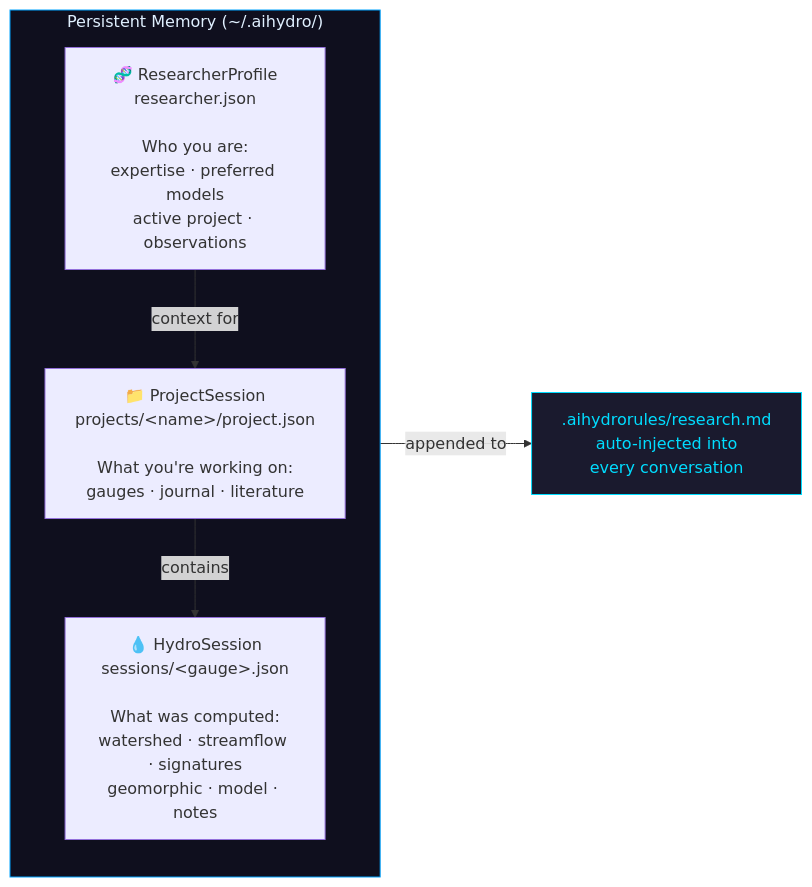
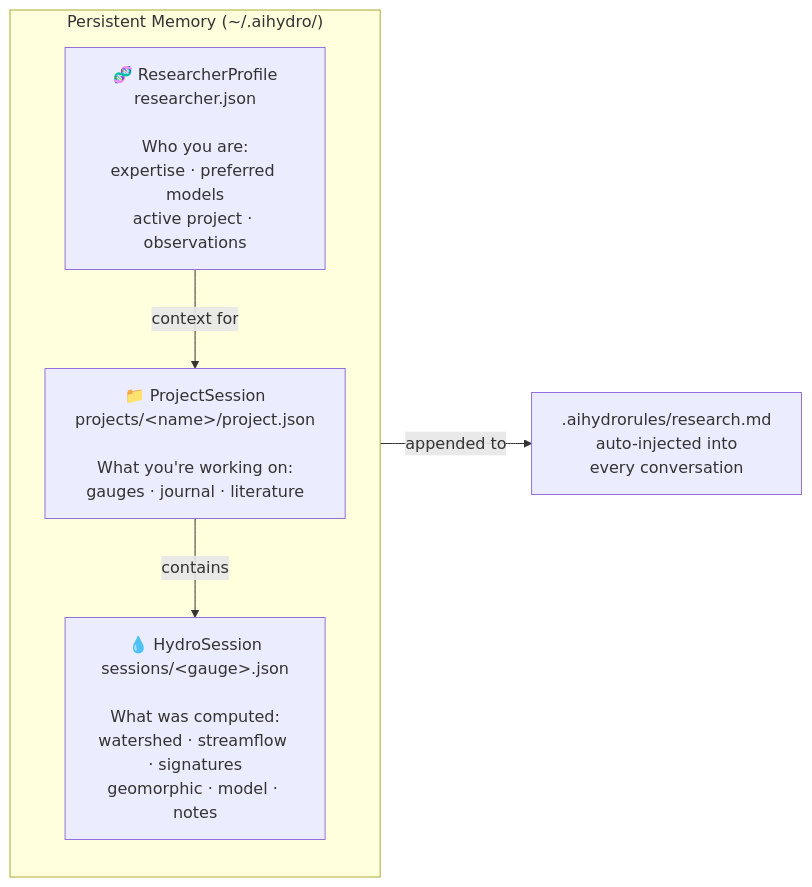
One commit to cline/cline changed the second of 3 diagrams in docs/architecture.md. Above: the diagram before and after it, drawn with Mermaid. The commit also changed other lines of this file and 19 other files, not shown here.

````diff
--- a/docs/architecture.md
+++ b/docs/architecture.md
@@ -78,32 +71,29 @@
 ```mermaid
 flowchart LR
     subgraph MEMORY["Persistent Memory (~/.aihydro/)"]
         direction TB
         RP["🧬 ResearcherProfile
 researcher.json
 
 Who you are:
 expertise · preferred models
 active project · observations"]
         PS["📁 ProjectSession
 projects/&lt;name&gt;/project.json
 
 What you're working on:
 gauges · journal · literature"]
         HS["💧 HydroSession
 sessions/&lt;gauge&gt;.json
 
 What was computed:
 watershed · streamflow · signatures
 geomorphic · model · notes"]
         RP -->|context for| PS
         PS -->|contains| HS
     end
 
     HS -->|appended to| RMD[".aihydrorules/research.md
 auto-injected into
 every conversation"]
-
-    style MEMORY fill:#0f0f1e,stroke:#00a3ff,color:#e0f0ff
-    style RMD fill:#1a1a2e,stroke:#00ddff,color:#00ddff
 ```
````
